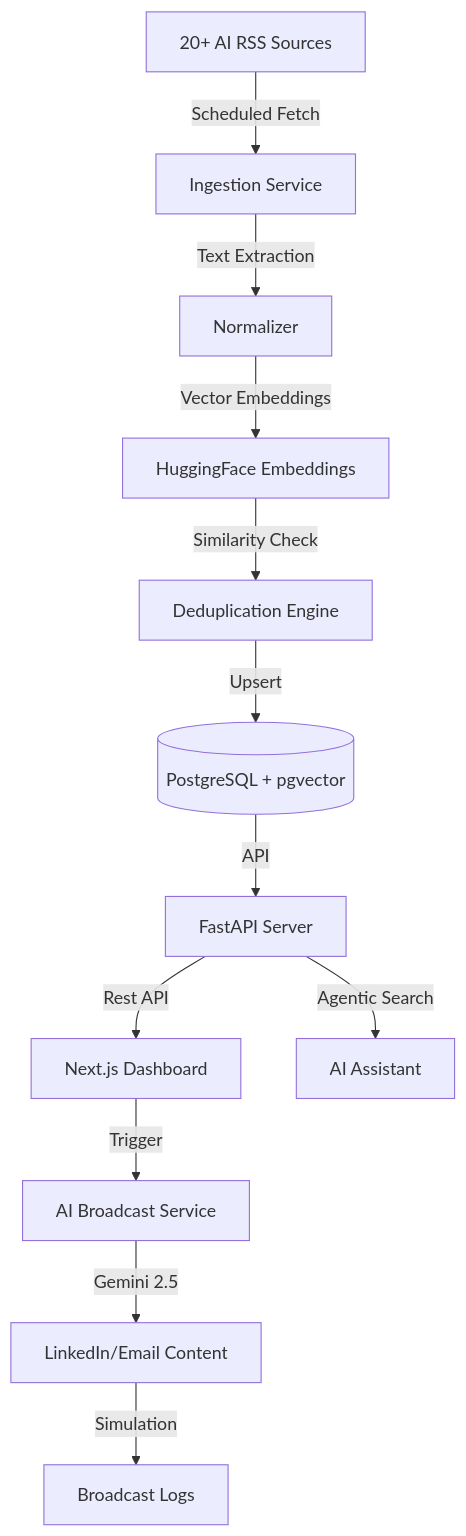
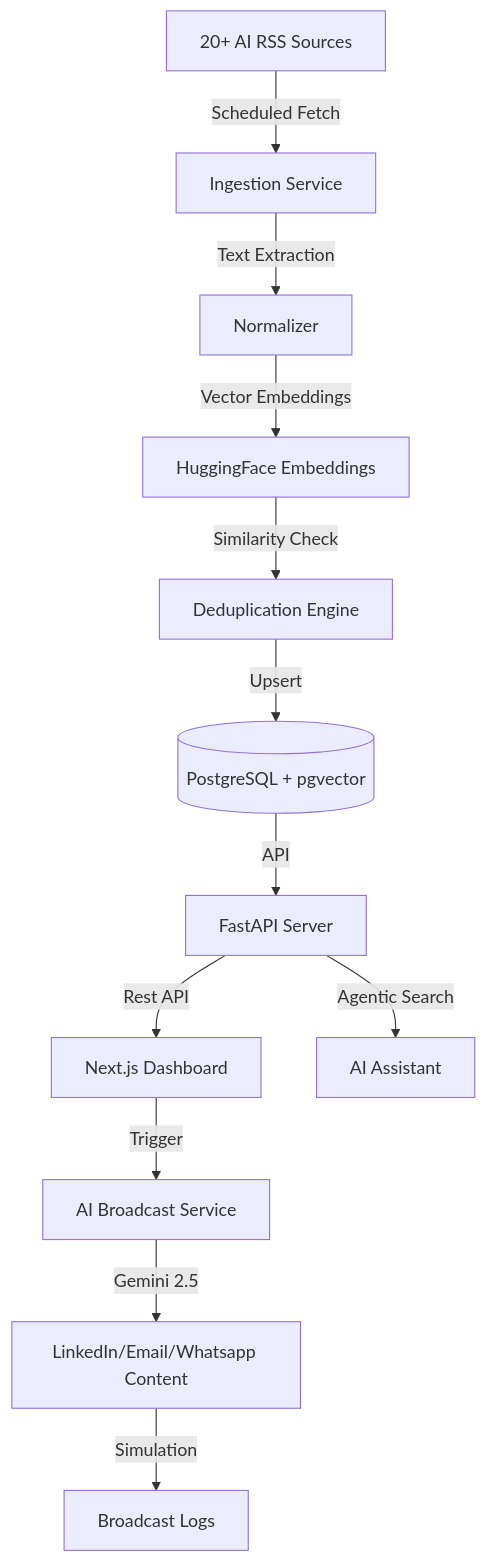
The diagram in README.md (Rishabh23112/AI_News_Aggregator), drawn with Mermaid before and after one commit. The commit also changed other lines of this file, not shown here.

````diff
--- a/README.md
+++ b/README.md
@@ -14,16 +14,16 @@
 ```mermaid
 graph TD
     Sources[20+ AI RSS Sources] -->|Scheduled Fetch| Ingestion[Ingestion Service]
     Ingestion -->|Text Extraction| Normalizer[Normalizer]
     Normalizer -->|Vector Embeddings| Embedder[HuggingFace Embeddings]
     Embedder -->|Similarity Check| Dedup[Deduplication Engine]
     Dedup -->|Upsert| DB[(PostgreSQL + pgvector)]
     
     DB -->|API| Server[FastAPI Server]
     Server -->|Rest API| UI[Next.js Dashboard]
     Server -->|Agentic Search| Assistant[AI Assistant]
     
     UI -->|Trigger| Broadcast[AI Broadcast Service]
-    Broadcast -->|Gemini 2.5| ContentGen[LinkedIn/Email Content]
+    Broadcast -->|Gemini 2.5| ContentGen[LinkedIn/Email/Whatsapp Content]
     ContentGen -->|Simulation| Log[Broadcast Logs]
 ```
````
